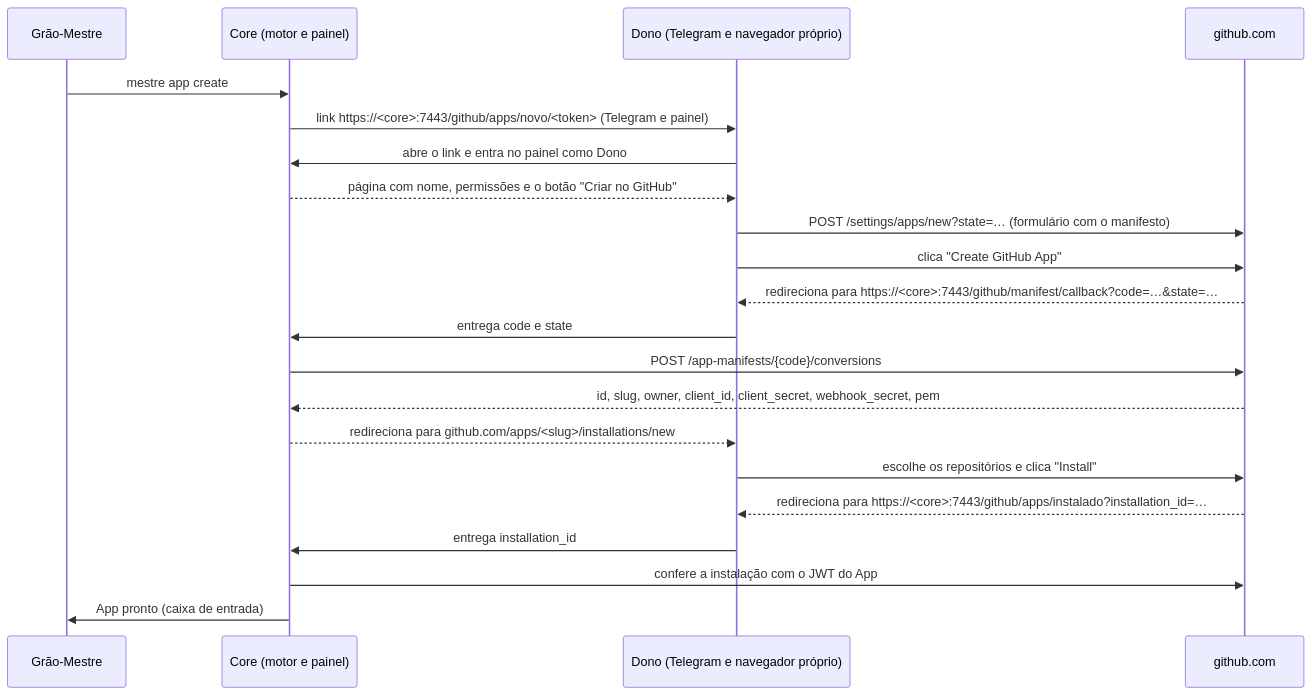
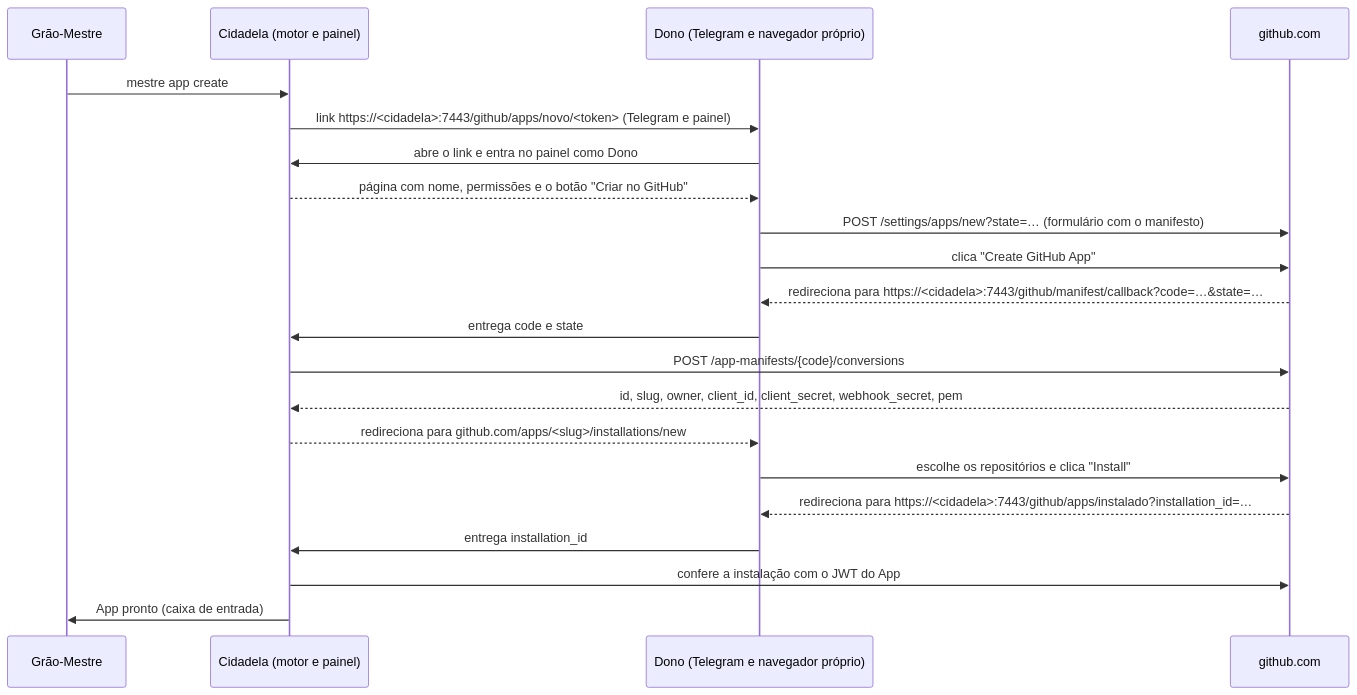
One commit to lucasndas/mestre changed the second of 2 diagrams in docs/github/criacao-de-apps.md. Above: the diagram before and after it, drawn with Mermaid. The commit also changed other lines of this file and 142 other files, not shown here.

````diff
--- a/docs/github/criacao-de-apps.md
+++ b/docs/github/criacao-de-apps.md
@@ -34,23 +34,23 @@
 ```mermaid
 sequenceDiagram
   participant GM as Grão-Mestre
-  participant C as Core (motor e painel)
+  participant C as Cidadela (motor e painel)
   participant D as Dono (Telegram e navegador próprio)
   participant G as github.com
   GM->>C: mestre app create
-  C->>D: link https://<core>:7443/github/apps/novo/<token> (Telegram e painel)
+  C->>D: link https://<cidadela>:7443/github/apps/novo/<token> (Telegram e painel)
   D->>C: abre o link e entra no painel como Dono
   C-->>D: página com nome, permissões e o botão "Criar no GitHub"
   D->>G: POST /settings/apps/new?state=… (formulário com o manifesto)
   D->>G: clica "Create GitHub App"
-  G-->>D: redireciona para https://<core>:7443/github/manifest/callback?code=…&state=…
+  G-->>D: redireciona para https://<cidadela>:7443/github/manifest/callback?code=…&state=…
   D->>C: entrega code e state
   C->>G: POST /app-manifests/{code}/conversions
   G-->>C: id, slug, owner, client_id, client_secret, webhook_secret, pem
   C-->>D: redireciona para github.com/apps/<slug>/installations/new
   D->>G: escolhe os repositórios e clica "Install"
-  G-->>D: redireciona para https://<core>:7443/github/apps/instalado?installation_id=…
+  G-->>D: redireciona para https://<cidadela>:7443/github/apps/instalado?installation_id=…
   D->>C: entrega installation_id
   C->>G: confere a instalação com o JWT do App
   C->>GM: App pronto (caixa de entrada)
 ```
````
